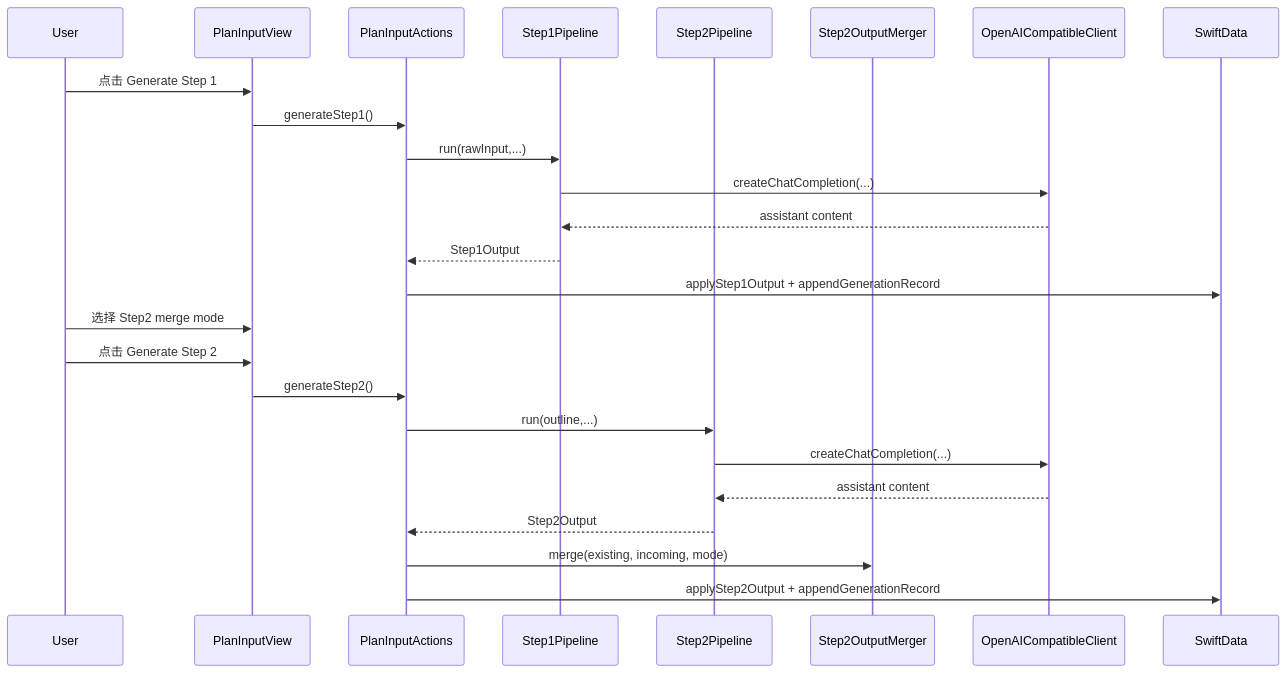
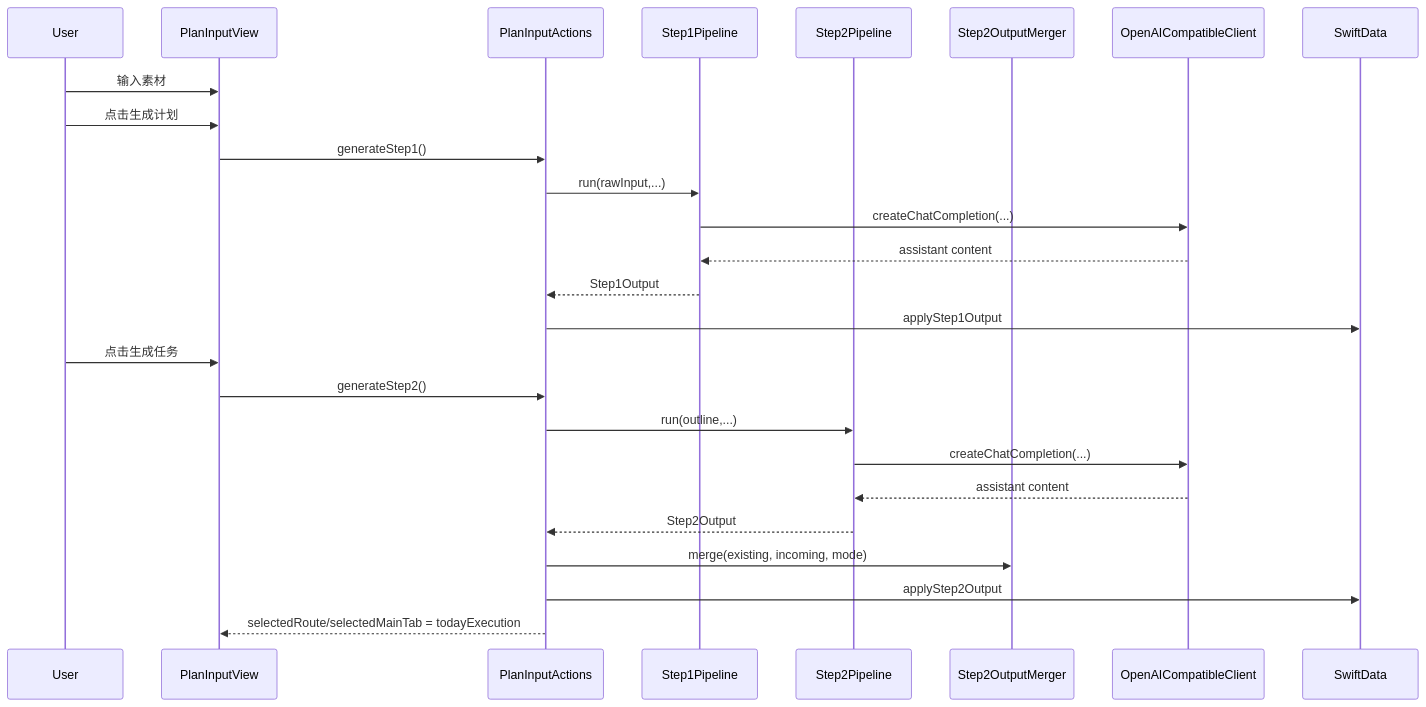
The second of 4 diagrams in docs/CODEBASE_MAP.md (Aeonbrk/Swiftdemo), drawn with Mermaid before and after one commit. The commit also changed other lines of this file and 22 other files, not shown here.

````diff
--- a/docs/CODEBASE_MAP.md
+++ b/docs/CODEBASE_MAP.md
@@ -171,29 +175,30 @@
 ```mermaid
 sequenceDiagram
   participant User
   participant PIV as PlanInputView
   participant ACT as PlanInputActions
   participant P1 as Step1Pipeline
   participant P2 as Step2Pipeline
   participant M as Step2OutputMerger
   participant C as OpenAICompatibleClient
   participant DB as SwiftData
 
-  User->>PIV: 点击 Generate Step 1
+  User->>PIV: 输入素材
+  User->>PIV: 点击生成计划
   PIV->>ACT: generateStep1()
   ACT->>P1: run(rawInput,...)
   P1->>C: createChatCompletion(...)
   C-->>P1: assistant content
   P1-->>ACT: Step1Output
-  ACT->>DB: applyStep1Output + appendGenerationRecord
+  ACT->>DB: applyStep1Output
 
-  User->>PIV: 选择 Step2 merge mode
-  User->>PIV: 点击 Generate Step 2
+  User->>PIV: 点击生成任务
   PIV->>ACT: generateStep2()
   ACT->>P2: run(outline,...)
   P2->>C: createChatCompletion(...)
   C-->>P2: assistant content
   P2-->>ACT: Step2Output
   ACT->>M: merge(existing, incoming, mode)
-  ACT->>DB: applyStep2Output + appendGenerationRecord
+  ACT->>DB: applyStep2Output
+  ACT-->>PIV: selectedRoute/selectedMainTab = todayExecution
 ```
````
